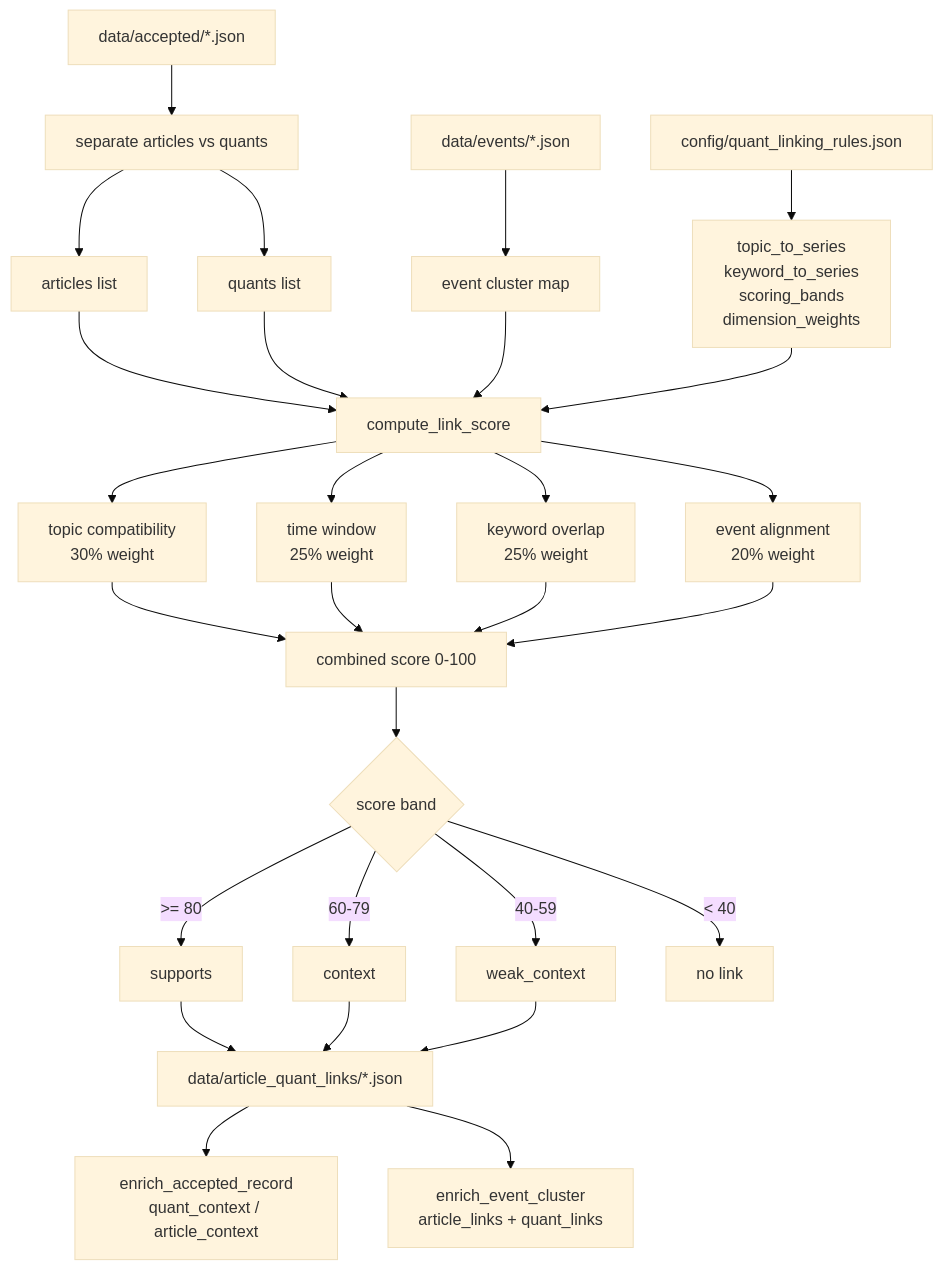
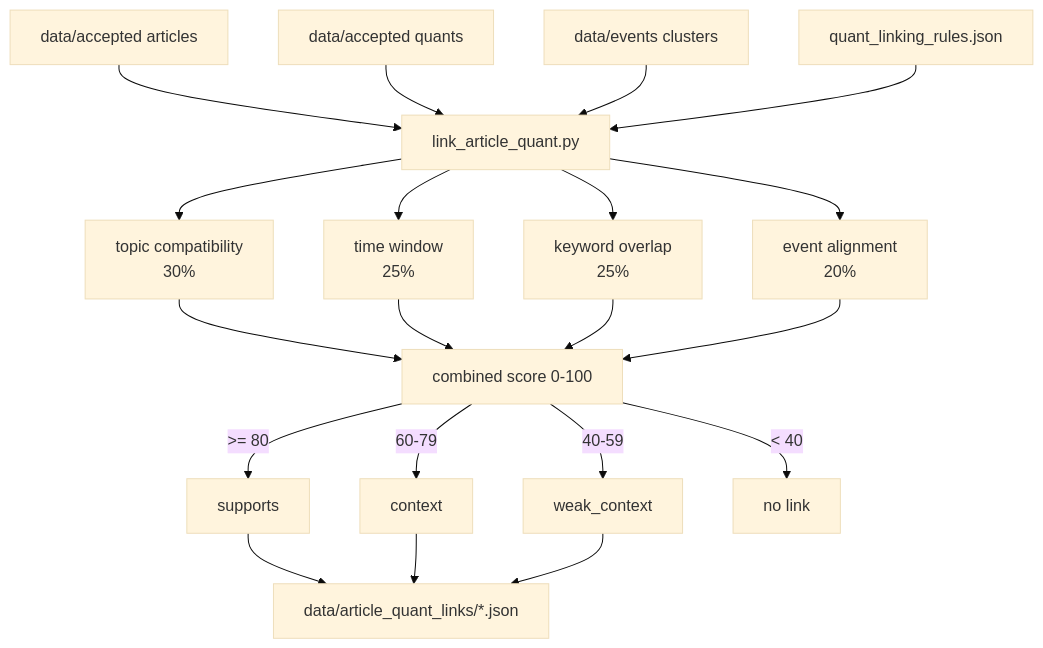
Diagram 13 of 16 in README.md (RishiJain905/Finance-Research-Archive), drawn with Mermaid (base theme) before and after one commit. The commit also changed other lines of this file, not shown here.

First line of the commit message:
docs: update README for all 10 V3 phases complete with new mermaid diagrams

````diff
--- a/README.md
+++ b/README.md
@@ -619,29 +609,21 @@
 ```mermaid
 flowchart TD
-    A[data/accepted/*.json] --> B[separate articles vs quants]
-    B --> C[articles list]
-    B --> D[quants list]
-    
-    E[data/events/*.json] --> F[event cluster map]
-    G[config/quant_linking_rules.json] --> H[topic_to_series<br/>keyword_to_series<br/>scoring_bands<br/>dimension_weights]
-    
-    C & D & F & H --> I[compute_link_score]
-    
-    I --> J[topic compatibility<br/>30% weight]
-    I --> K[time window<br/>25% weight]
-    I --> L[keyword overlap<br/>25% weight]
-    I --> M[event alignment<br/>20% weight]
-    
+    ART[data/accepted articles] --> LNK[link_article_quant.py]
+    QNT[data/accepted quants] --> LNK
+    EVT[data/events clusters] --> LNK
+    RULES[quant_linking_rules.json] --> LNK
+
+    LNK --> J[topic compatibility<br/>30%]
+    LNK --> K[time window<br/>25%]
+    LNK --> L[keyword overlap<br/>25%]
+    LNK --> M[event alignment<br/>20%]
+
     J & K & L & M --> N[combined score 0-100]
-    
-    N --> O{score band}
-    O -->|>= 80| P[supports]
-    O -->|60-79| Q[context]
-    O -->|40-59| R[weak_context]
-    O -->|< 40| S[no link]
-    
+
+    N -->|>= 80| P[supports]
+    N -->|60-79| Q[context]
+    N -->|40-59| R[weak_context]
+    N -->|< 40| S[no link]
+
     P & Q & R --> T[data/article_quant_links/*.json]
-    
-    T --> U[enrich_accepted_record<br/>quant_context / article_context]
-    T --> V[enrich_event_cluster<br/>article_links + quant_links]
 ```
````
